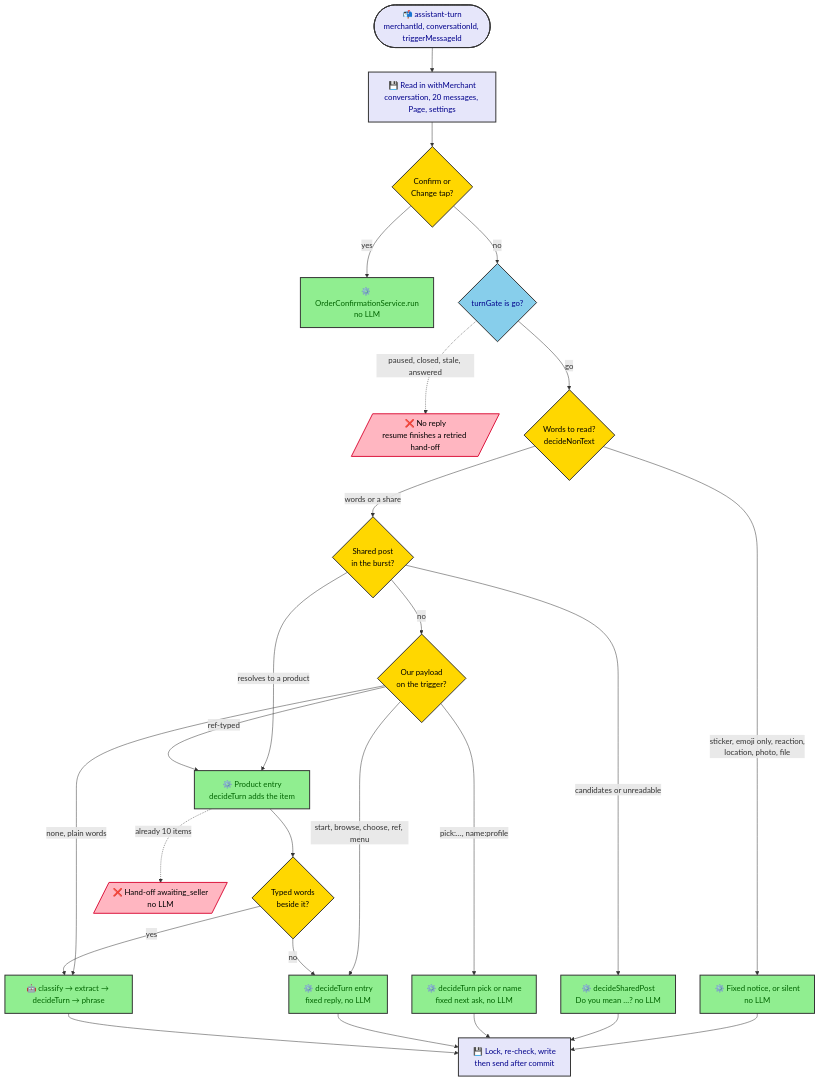
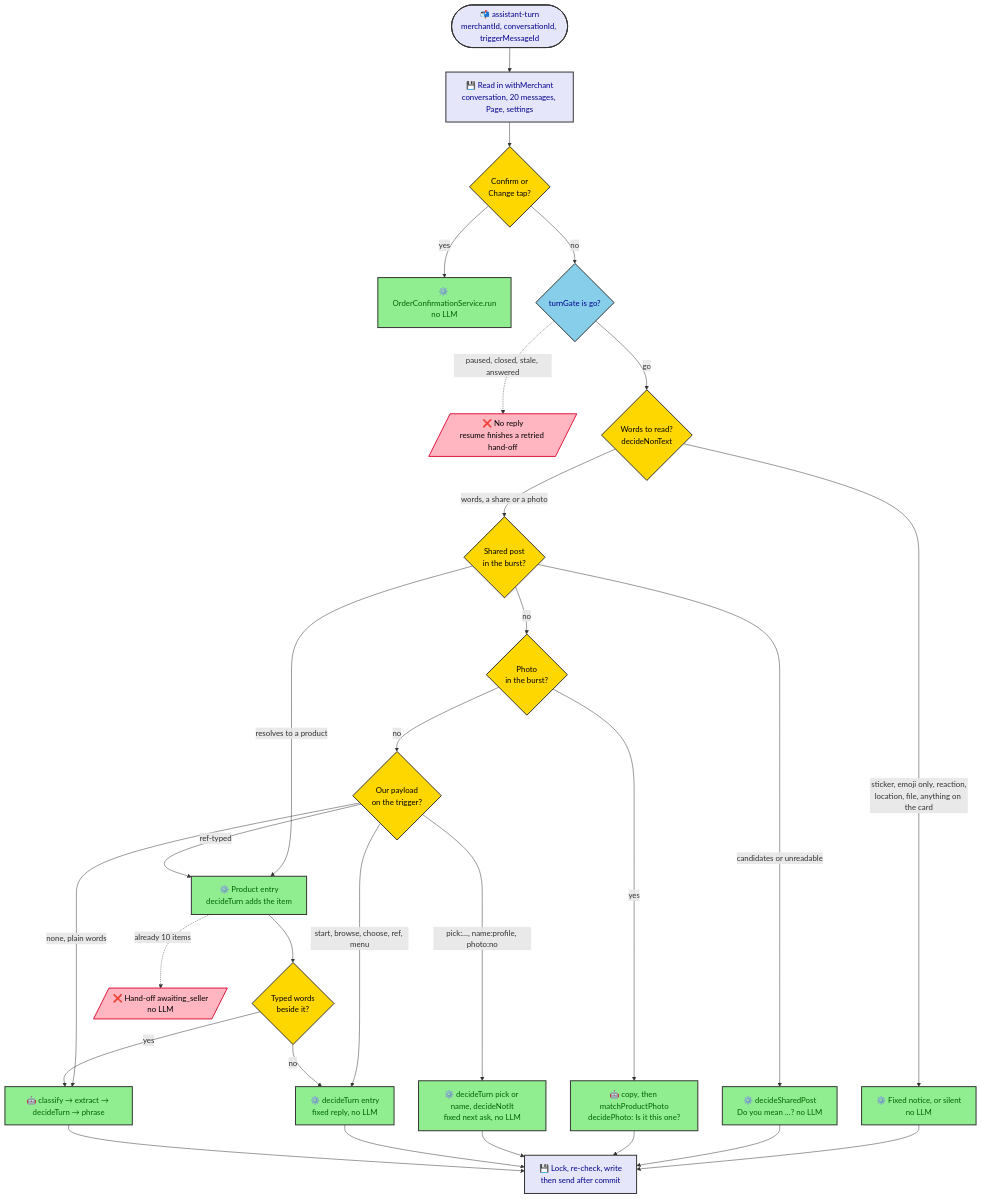
One commit to nabil404/project-alpha changed the third of 4 diagrams in docs/architecture/ai.md. Above: the diagram before and after it, drawn with Mermaid. The commit also changed other lines of this file and 58 other files, not shown here.

````diff
--- a/docs/architecture/ai.md
+++ b/docs/architecture/ai.md
@@ -527,37 +589,39 @@
 ```mermaid
 flowchart TD
     job(["📬 assistant-turn<br/>merchantId, conversationId, triggerMessageId"]) --> read["💾 Read in withMerchant<br/>conversation, 20 messages, Page, settings"]
     read --> tap{"Confirm or<br/>Change tap?"}
     tap -- yes --> confirm["⚙️ OrderConfirmationService.run<br/>no LLM"]
     tap -- no --> gate{"turnGate is go?"}
     gate -. "paused, closed, stale, answered" .-> stop[/"❌ No reply<br/>resume finishes a retried hand-off"/]
     gate -- go --> nontext{"Words to read?<br/>decideNonText"}
-    nontext -- "sticker, emoji only, reaction,<br/>location, photo, file" --> notice["⚙️ Fixed notice, or silent<br/>no LLM"]
-    nontext -- words or a share --> share{"Shared post<br/>in the burst?"}
+    nontext -- "sticker, emoji only, reaction,<br/>location, file, anything on the card" --> notice["⚙️ Fixed notice, or silent<br/>no LLM"]
+    nontext -- "words, a share or a photo" --> share{"Shared post<br/>in the burst?"}
     share -- "resolves to a product" --> product
     share -- "candidates or unreadable" --> askpost["⚙️ decideSharedPost<br/>Do you mean …? no LLM"]
-    share -- no --> kind{"Our payload<br/>on the trigger?"}
-    kind -- "pick:…, name:profile" --> pick["⚙️ decideTurn pick or name<br/>fixed next ask, no LLM"]
+    share -- no --> photo{"Photo<br/>in the burst?"}
+    photo -- yes --> vision["🤖 copy, then matchProductPhoto<br/>decidePhoto: Is it this one?"]
+    photo -- no --> kind{"Our payload<br/>on the trigger?"}
+    kind -- "pick:…, name:profile, photo:no" --> pick["⚙️ decideTurn pick or name, decideNotIt<br/>fixed next ask, no LLM"]
     kind -- "start, browse, choose, ref, menu" --> entry["⚙️ decideTurn entry<br/>fixed reply, no LLM"]
     kind -- "ref-typed" --> product["⚙️ Product entry<br/>decideTurn adds the item"]
     kind -- "none, plain words" --> llm["🤖 classify → extract → decideTurn → phrase"]
     product --> typed{"Typed words<br/>beside it?"}
     typed -- yes --> llm
     typed -- no --> entry
     product -. "already 10 items" .-> full[/"❌ Hand-off awaiting_seller<br/>no LLM"/]
-    notice & askpost & pick & entry & llm --> write["💾 Lock, re-check, write<br/>then send after commit"]
+    notice & askpost & vision & pick & entry & llm --> write["💾 Lock, re-check, write<br/>then send after commit"]
 
     classDef entry    fill:#E6E6FA,stroke:#333,stroke-width:2px,color:#00008B
     classDef guard    fill:#87CEEB,stroke:#333,stroke-width:2px,color:#00008B
     classDef decision fill:#FFD700,stroke:#333,stroke-width:2px,color:#000
     classDef work     fill:#90EE90,stroke:#333,stroke-width:2px,color:#006400
     classDef store    fill:#E6E6FA,stroke:#333,stroke-width:2px,color:#00008B
     classDef reject   fill:#FFB6C1,stroke:#DC143C,stroke-width:2px,color:#000
 
     class job entry
     class gate guard
-    class tap,nontext,share,kind,typed decision
-    class confirm,notice,askpost,pick,entry,product,llm work
+    class tap,nontext,share,photo,kind,typed decision
+    class confirm,notice,askpost,vision,pick,entry,product,llm work
     class read,write store
     class stop,full reject
 ```
````
